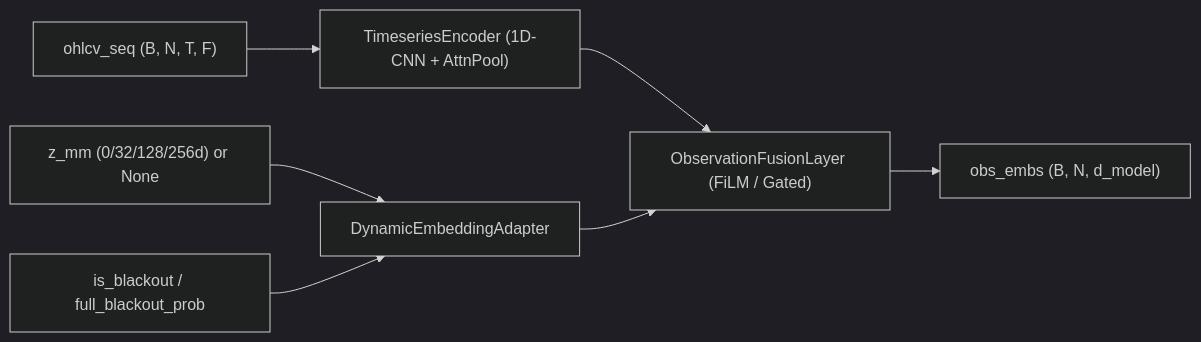
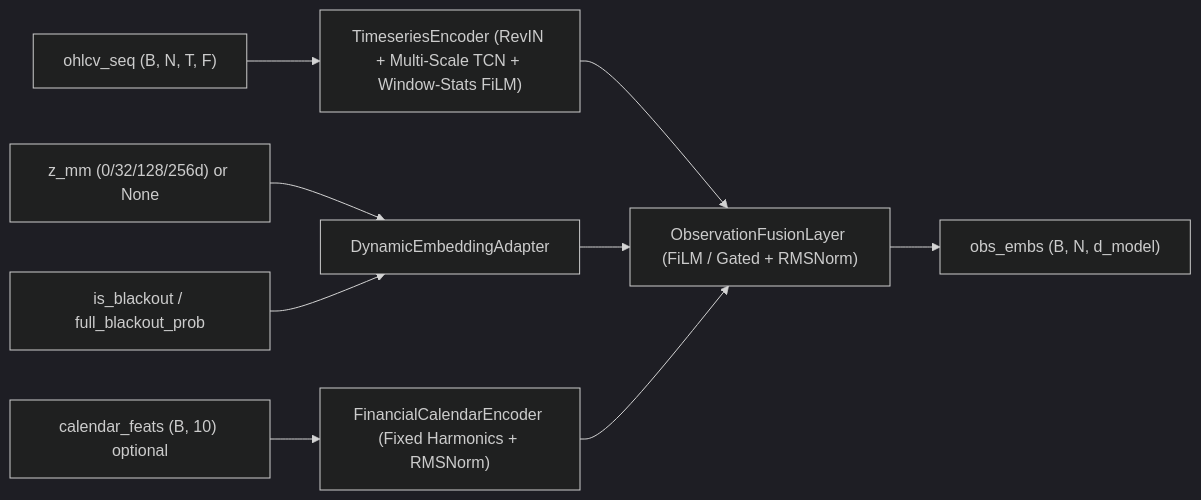
Before and after one commit to zerostreet/zerosteer: the diagram in openwiki/architecture/backbone-and-adapters.md, drawn with Mermaid (dark theme). The commit also changed other lines of this file and 10 other files, not shown here.

Commit message:
docs(openwiki): document ZeroSteer v2 architecture and diagnostics

````diff
--- a/openwiki/architecture/backbone-and-adapters.md
+++ b/openwiki/architecture/backbone-and-adapters.md
@@ -38,9 +45,11 @@
 ```mermaid
 flowchart LR
-    OHLCV["ohlcv_seq (B, N, T, F)"] --> TS["TimeseriesEncoder (1D-CNN + AttnPool)"]
+    OHLCV["ohlcv_seq (B, N, T, F)"] --> TS["TimeseriesEncoder (RevIN + Multi-Scale TCN + Window-Stats FiLM)"]
     ZMM["z_mm (0/32/128/256d) or None"] --> DEA["DynamicEmbeddingAdapter"]
     BLK["is_blackout / full_blackout_prob"] --> DEA
-    TS --> FUSE["ObservationFusionLayer (FiLM / Gated)"]
+    CAL["calendar_feats (B, 10) optional"] --> FCE["FinancialCalendarEncoder (Fixed Harmonics + RMSNorm)"]
+    TS --> FUSE["ObservationFusionLayer (FiLM / Gated + RMSNorm)"]
     DEA --> FUSE
+    FCE --> FUSE
     FUSE --> OBS["obs_embs (B, N, d_model)"]
 ```
````
